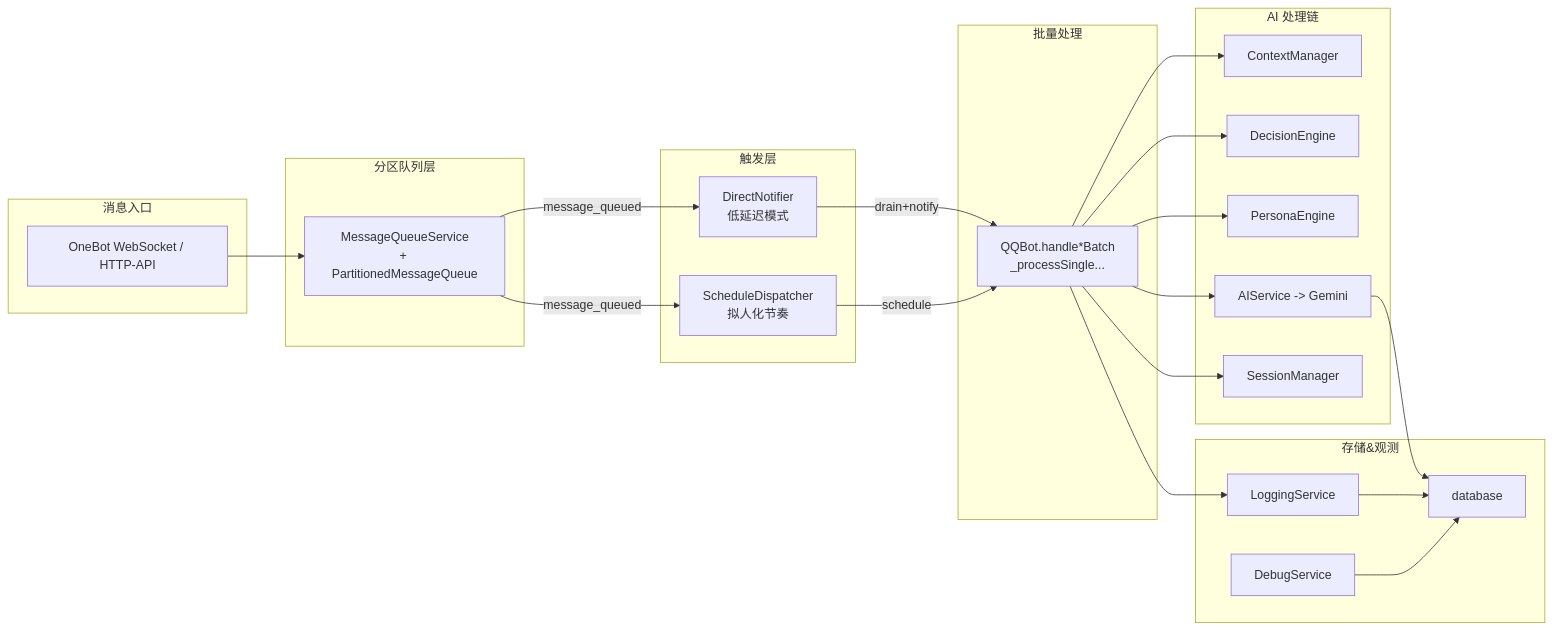
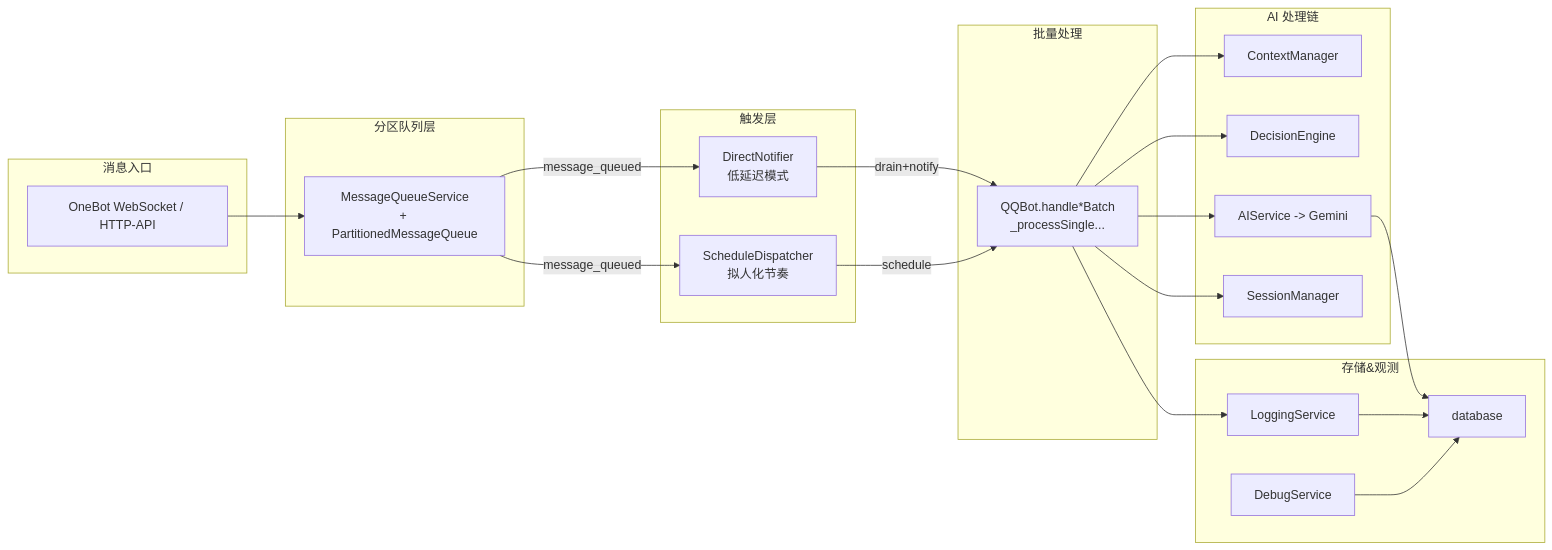
The first of 2 diagrams in docs/HUMAN_LIKE_PROCESSOR_FLOW_LLM_TOOLS.md (Hei-AI/xiaoni_cc), drawn with Mermaid before and after one commit. The commit also changed other lines of this file and 3 other files, not shown here.

Commit message:
docs: update architecture notes after persona removal

````diff
--- a/docs/HUMAN_LIKE_PROCESSOR_FLOW_LLM_TOOLS.md
+++ b/docs/HUMAN_LIKE_PROCESSOR_FLOW_LLM_TOOLS.md
@@ -7,48 +7,46 @@
 ```mermaid
 graph LR
   subgraph Ingress[消息入口]
     WS[OneBot WebSocket / HTTP-API]
   end
 
   subgraph Queueing[分区队列层]
     MQSvc[MessageQueueService\n+ PartitionedMessageQueue]
   end
 
   subgraph Dispatching[触发层]
     DN[DirectNotifier\n低延迟模式]
     SD[ScheduleDispatcher\n拟人化节奏]
   end
 
   subgraph BatchHandler[批量处理]
     QQBot[QQBot.handle*Batch\n_processSingle...]
   end
 
   subgraph AIPipeline[AI 处理链]
     CtxMgr[ContextManager]
     Decision[DecisionEngine]
-    Persona[PersonaEngine]
     AI[AIService -> Gemini]
     SessionMgr[SessionManager]
   end
 
   subgraph Persistence[存储&观测]
     DB[database]
     LogSvc[LoggingService]
     DebugSvc[DebugService]
   end
 
   WS --> MQSvc
   MQSvc -->|message_queued| DN
   MQSvc -->|message_queued| SD
   DN -->|drain+notify| QQBot
   SD -->|schedule| QQBot
   QQBot --> CtxMgr
   QQBot --> Decision
-  QQBot --> Persona
   QQBot --> AI
   AI --> DB
   QQBot --> SessionMgr
   QQBot --> LogSvc
   LogSvc --> DB
   DebugSvc --> DB
 ```
````
